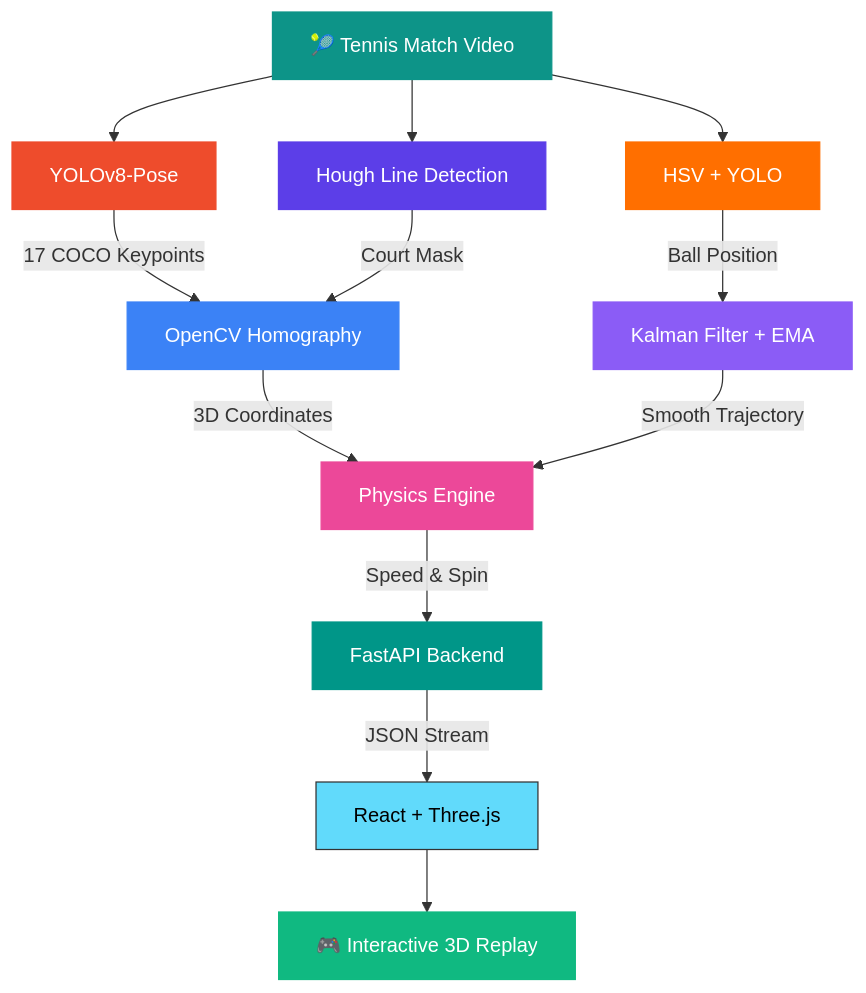
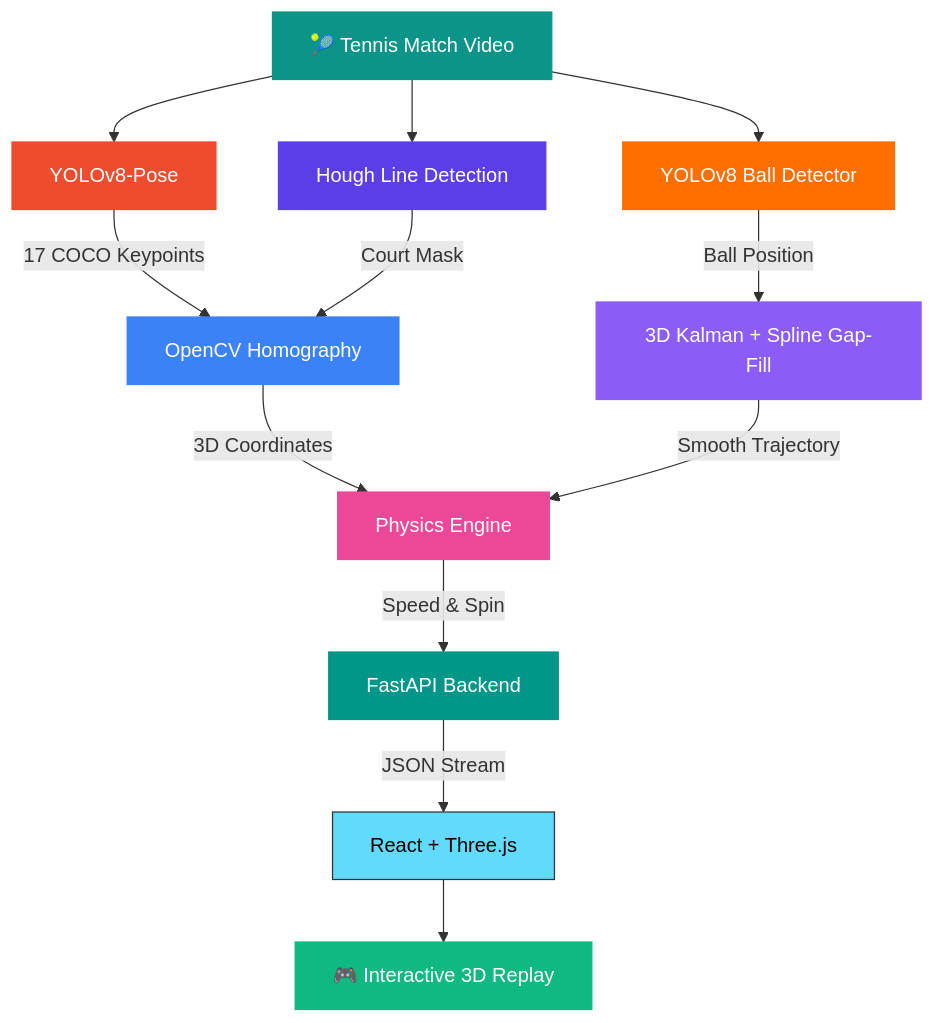
The diagram in README.md (udayraj1238/CourtSense-AI), drawn with Mermaid before and after one commit. The commit also changed other lines of this file and 1 other file, not shown here.

````diff
--- a/README.md
+++ b/README.md
@@ -80,29 +80,29 @@
 ```mermaid
 graph TD
     A[🎾 Tennis Match Video] --> B[YOLOv8-Pose]
     A --> C[Hough Line Detection]
-    A --> D[HSV + YOLO]
+    A --> D[YOLOv8 Ball Detector]
     
     B -->|17 COCO Keypoints| E[OpenCV Homography]
     C -->|Court Mask| E
-    D -->|Ball Position| F[Kalman Filter + EMA]
+    D -->|Ball Position| F[3D Kalman + Spline Gap-Fill]
     
     E -->|3D Coordinates| G[Physics Engine]
     F -->|Smooth Trajectory| G
     
     G -->|Speed & Spin| H[FastAPI Backend]
     H -->|JSON Stream| I[React + Three.js]
     
     I --> J[🎮 Interactive 3D Replay]
     
     style A fill:#0D9488,stroke:#0D9488,color:#fff
     style B fill:#EE4C2C,stroke:#EE4C2C,color:#fff
     style C fill:#5C3EE8,stroke:#5C3EE8,color:#fff
     style D fill:#FF6F00,stroke:#FF6F00,color:#fff
     style E fill:#3B82F6,stroke:#3B82F6,color:#fff
     style F fill:#8B5CF6,stroke:#8B5CF6,color:#fff
     style G fill:#EC4899,stroke:#EC4899,color:#fff
     style H fill:#009688,stroke:#009688,color:#fff
     style I fill:#61DAFB,stroke:#333,color:#000
     style J fill:#10B981,stroke:#10B981,color:#fff
 ```
````
